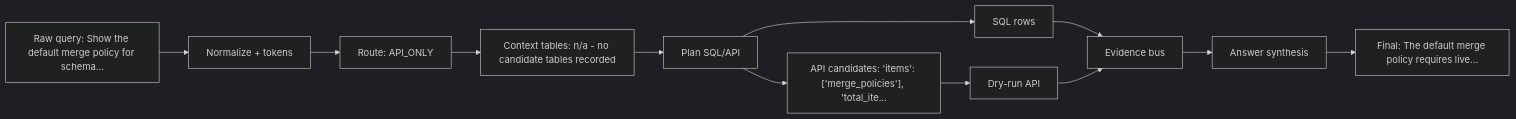
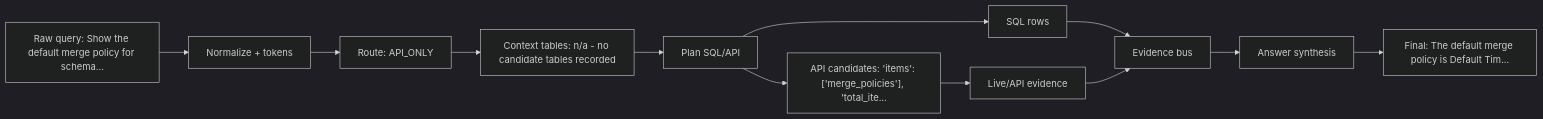
Before and after one commit to dashsys-workshop-vldb/dashsys-workshop-vldb.github.io: the diagram in outputs/visualizations/query_example_021_dataflow.md, drawn with Mermaid (dark theme). The commit also changed other lines of this file and 662 other files, not shown here.

````diff
--- a/outputs/visualizations/query_example_021_dataflow.md
+++ b/outputs/visualizations/query_example_021_dataflow.md
@@ -17,14 +17,14 @@
 ```mermaid
 flowchart LR
   Q["Raw query: Show the default merge policy for schema..."] --> N["Normalize + tokens"]
   N --> R["Route: API_ONLY"]
   R --> C["Context tables: n/a - no candidate tables recorded"]
   C --> P["Plan SQL/API"]
   P --> S["SQL rows"]
   P --> A["API candidates: 'items': ['merge_policies'], 'total_ite..."]
-  A --> E["Dry-run API"]
+  A --> E["Live/API evidence"]
   S --> V["Evidence bus"]
   E --> V
   V --> H["Answer synthesis"]
-  H --> F["Final: The default merge policy requires live..."]
+  H --> F["Final: The default merge policy is Default Tim..."]
 ```
````
